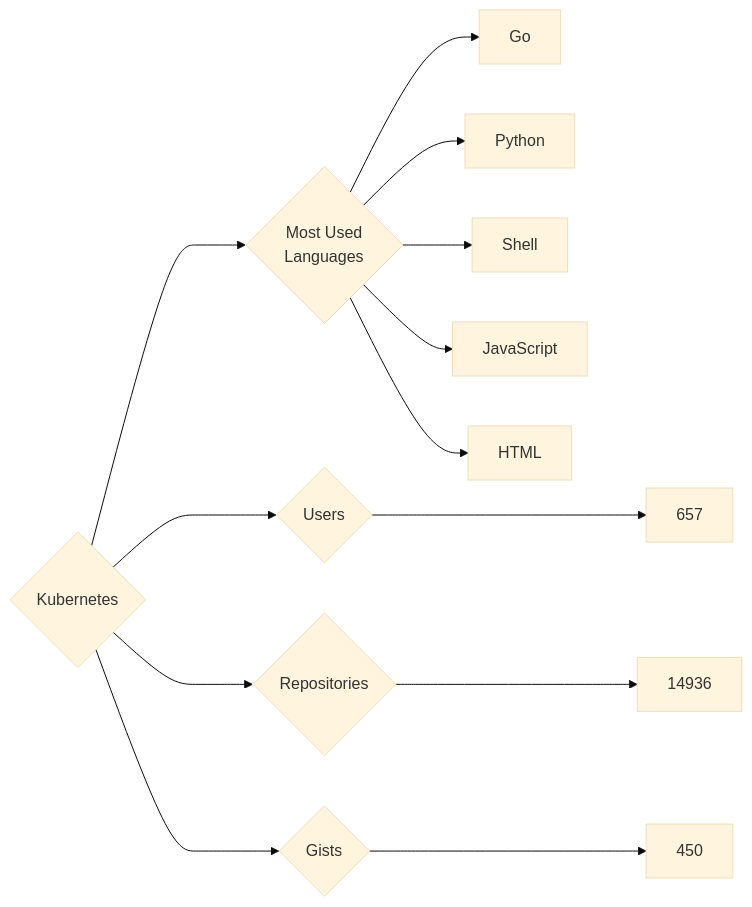
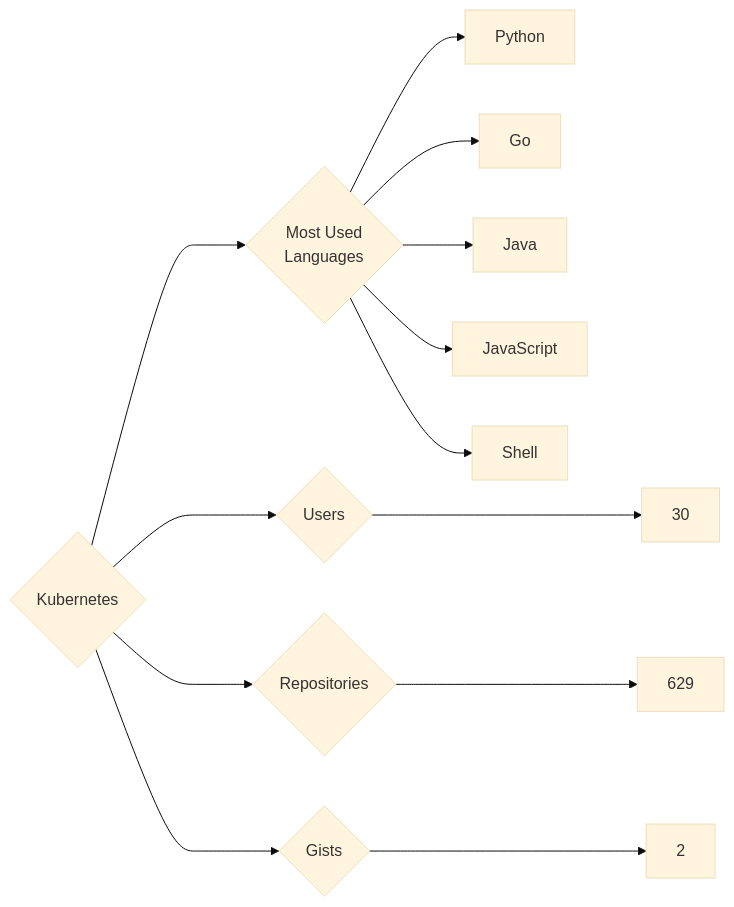
One commit to trickest/insiders changed the diagram in targets/Kubernetes/README.md. Above: the diagram before and after it, drawn with Mermaid (base theme). The commit also changed 888 other files, not shown here.

````diff
--- a/targets/Kubernetes/README.md
+++ b/targets/Kubernetes/README.md
@@ -3,13 +3,13 @@
 ```mermaid
 graph LR
 COMPANY_NAME{Kubernetes}
-COMPANY_NAME ---> U{Users} ---> UN[657]
-COMPANY_NAME ---> R{Repositories} ---> RN[14936]
-COMPANY_NAME ---> G{Gists} ---> GN[450]
+COMPANY_NAME ---> U{Users} ---> UN[30]
+COMPANY_NAME ---> R{Repositories} ---> RN[629]
+COMPANY_NAME ---> G{Gists} ---> GN[2]
 COMPANY_NAME ---> ML{Most Used<br>Languages}
+ML --> Python[Python]
 ML --> Go[Go]
-ML --> Python[Python]
+ML --> Java[Java]
+ML --> JavaScript[JavaScript]
 ML --> Shell[Shell]
-ML --> JavaScript[JavaScript]
-ML --> HTML[HTML]
 ```
````
